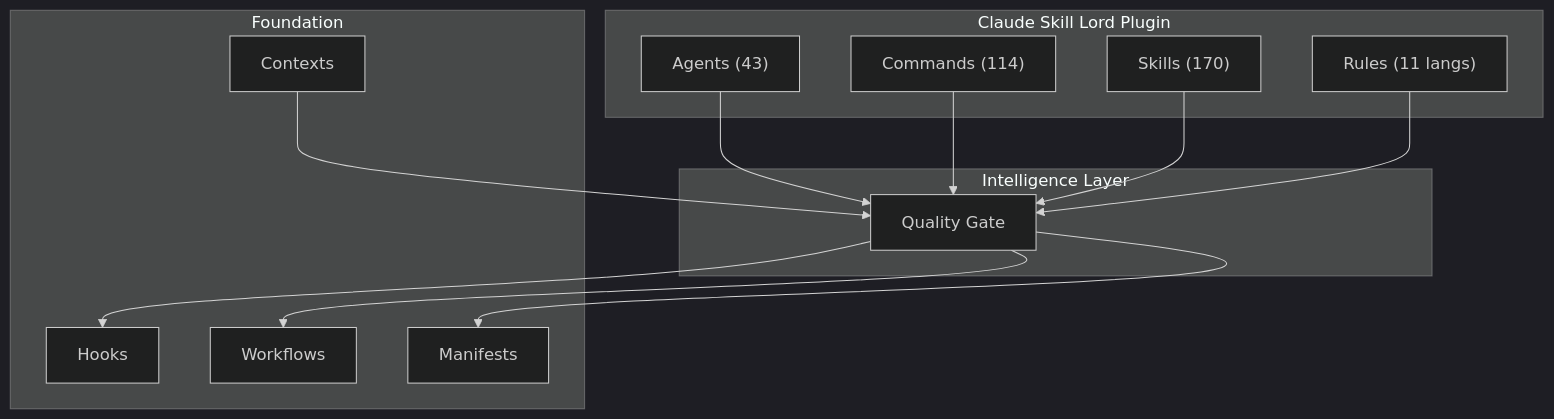
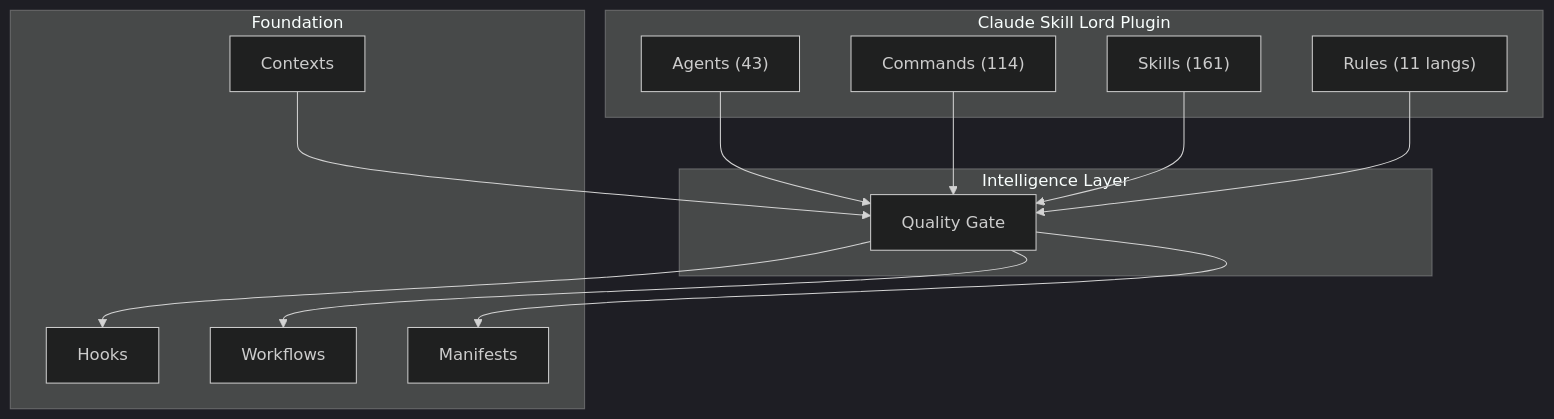
Before and after one commit to donganhvuphp/Claude-Skills-Lord: the diagram in README.md, drawn with Mermaid (dark theme). The commit also changed other lines of this file and 6 other files, not shown here.

````diff
--- a/README.md
+++ b/README.md
@@ -78,29 +78,29 @@
 ```mermaid
 graph TD
     subgraph Plugin["Claude Skill Lord Plugin"]
         A["Agents (43)"]
         B["Commands (114)"]
-        C["Skills (170)"]
+        C["Skills (161)"]
         R["Rules (11 langs)"]
     end
 
     subgraph Intelligence["Intelligence Layer"]
         E["Quality Gate"]
     end
 
     subgraph Infra["Foundation"]
         F["Hooks"]
         G["Workflows"]
         H["Manifests"]
         CTX["Contexts"]
     end
 
     A --> E
     B --> E
     C --> E
     R --> E
     E --> F
     E --> G
     E --> H
     CTX --> E
 ```
````
